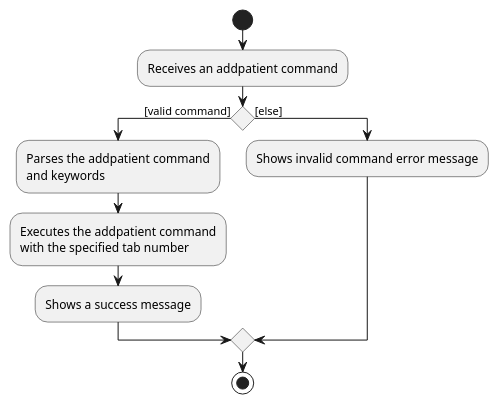
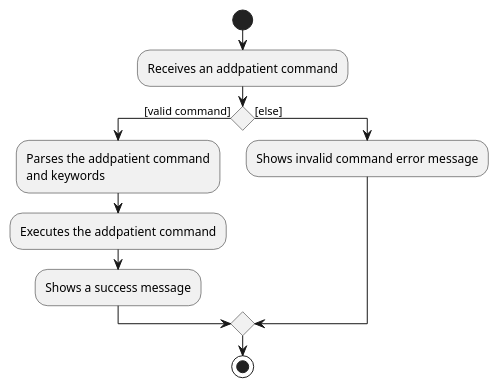
One commit to thutahw/tp changed the diagram in docs/diagrams/AddPatientActivityDiagram.puml. Above: the diagram before and after it, drawn with PlantUML. The commit also changed 7 other files, not shown here.

Commit message:
Add FindPatientActivityDiagram and update PatientManagerClassDiagram

```diff
--- a/docs/diagrams/AddPatientActivityDiagram.puml
+++ b/docs/diagrams/AddPatientActivityDiagram.puml
@@ -1,16 +1,14 @@
 @startuml
 start
 :Receives an addpatient command;
 
-
 if () then ([valid command])
     :Parses the addpatient command
     and keywords;
-    :Executes the addpatient command
-    with the specified tab number;
+    :Executes the addpatient command;
     :Shows a success message;
 else ([else])
     :Shows invalid command error message;
 endif
 stop
 @enduml
```
